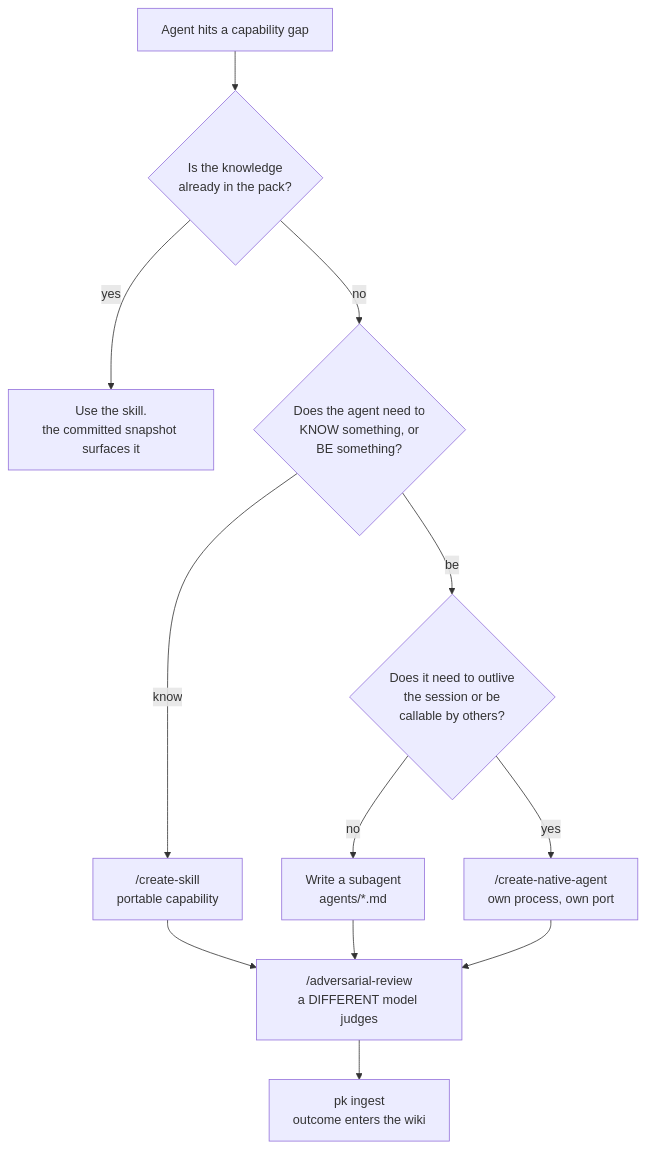
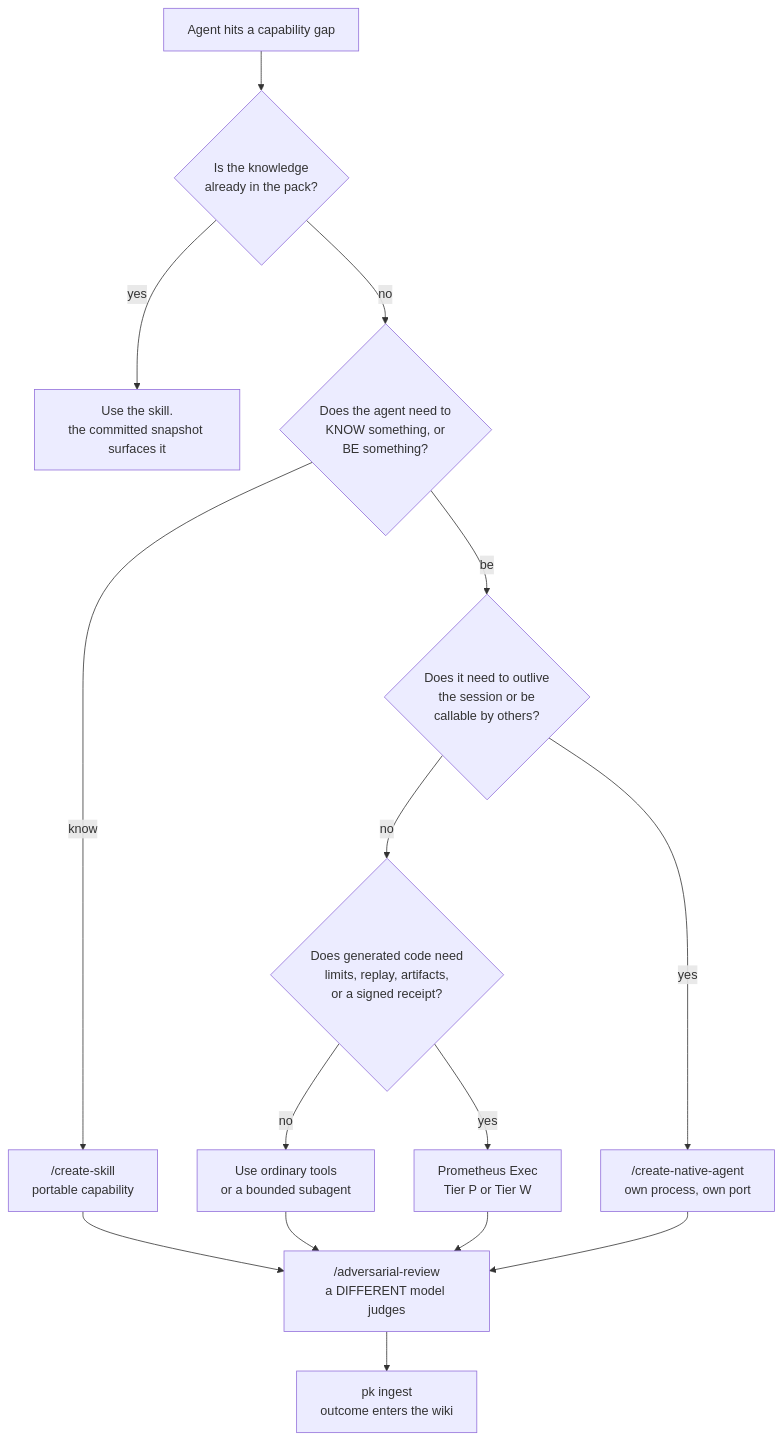
One commit to Prometheus-AGS/prometheus-skill-system changed the diagram in docs/guide/22a-self-extending-agents.md. Above: the diagram before and after it, drawn with Mermaid. The commit also changed other lines of this file and 36 other files, not shown here.

````diff
--- a/docs/guide/22a-self-extending-agents.md
+++ b/docs/guide/22a-self-extending-agents.md
@@ -47,14 +47,17 @@
 ```mermaid
 graph TD
     GAP["Agent hits a capability gap"] --> Q1{"Is the knowledge<br/>already in the pack?"}
     Q1 -->|yes| USE["Use the skill.<br/>the committed snapshot surfaces it"]
     Q1 -->|no| Q2{"Does the agent need to<br/>KNOW something, or<br/>BE something?"}
     Q2 -->|know| SKILL["/create-skill<br/>portable capability"]
     Q2 -->|be| Q3{"Does it need to outlive<br/>the session or be<br/>callable by others?"}
-    Q3 -->|no| SUB["Write a subagent<br/>agents/*.md"]
+    Q3 -->|no| PROOF{"Does generated code need<br/>limits, replay, artifacts,<br/>or a signed receipt?"}
+    PROOF -->|no| SUB["Use ordinary tools<br/>or a bounded subagent"]
+    PROOF -->|yes| EXEC["Prometheus Exec<br/>Tier P or Tier W"]
     Q3 -->|yes| AGENT["/create-native-agent<br/>own process, own port"]
     SKILL --> REVIEW
     SUB --> REVIEW
+    EXEC --> REVIEW
     AGENT --> REVIEW
     REVIEW["/adversarial-review<br/>a DIFFERENT model judges"] --> LEARN["pk ingest<br/>outcome enters the wiki"]
 ```
````
